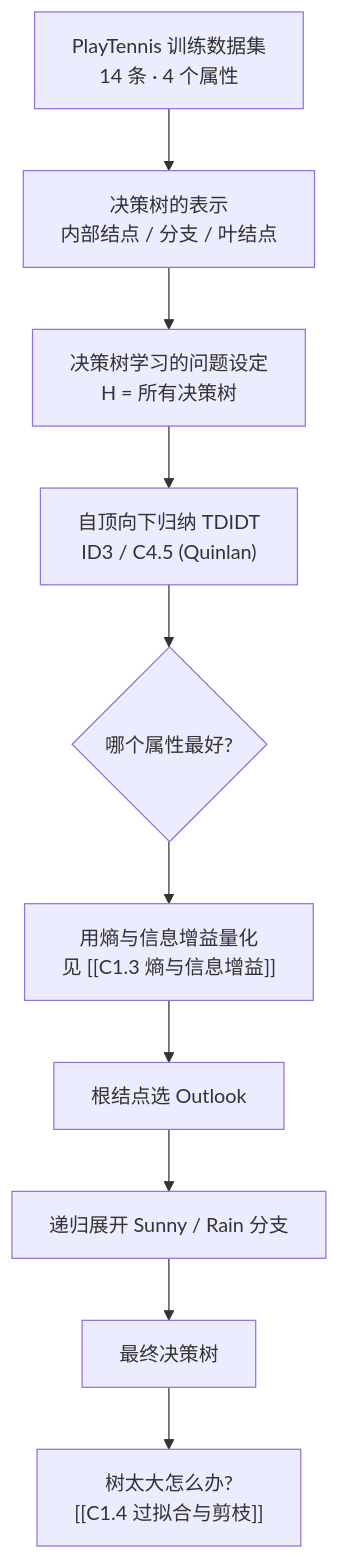
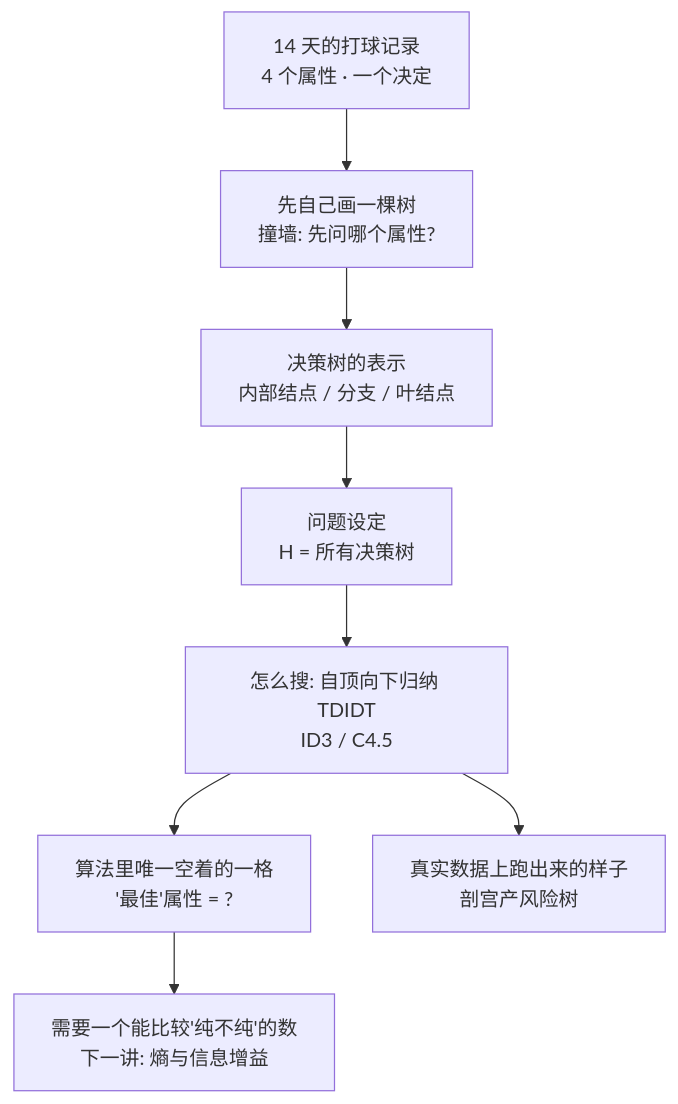
One commit to KayeAdams515/ClaudeNotes changed the first of 2 diagrams in 机器学习/C1.2 决策树的表示与自顶向下归纳.md. Above: the diagram before and after it, drawn with Mermaid. The commit also changed other lines of this file and 777 other files, not shown here.

````diff
--- a/机器学习/C1.2 决策树的表示与自顶向下归纳.md
+++ b/机器学习/C1.2 决策树的表示与自顶向下归纳.md
@@ -13,12 +21,10 @@
 ```mermaid
 flowchart TD
-    A[PlayTennis 训练数据集<br/>14 条 · 4 个属性] --> B[决策树的表示<br/>内部结点 / 分支 / 叶结点]
-    B --> C[决策树学习的问题设定<br/>H = 所有决策树]
-    C --> D["自顶向下归纳 TDIDT<br/>ID3 / C4.5 (Quinlan)"]
-    D --> E{哪个属性最好?}
-    E --> F["用熵与信息增益量化<br/>见 [[C1.3 熵与信息增益]]"]
-    F --> G[根结点选 Outlook]
-    G --> H[递归展开 Sunny / Rain 分支]
-    H --> I[最终决策树]
-    I --> J["树太大怎么办?<br/>[[C1.4 过拟合与剪枝]]"]
+    A["14 天的打球记录<br/>4 个属性 · 一个决定"] --> B["先自己画一棵树<br/>撞墙: 先问哪个属性?"]
+    B --> C["决策树的表示<br/>内部结点 / 分支 / 叶结点"]
+    C --> D["问题设定<br/>H = 所有决策树"]
+    D --> E["怎么搜: 自顶向下归纳 TDIDT<br/>ID3 / C4.5"]
+    E --> F["算法里唯一空着的一格<br/>'最佳'属性 = ?"]
+    F --> G["需要一个能比较'纯不纯'的数<br/>下一讲: 熵与信息增益"]
+    E --> H["真实数据上跑出来的样子<br/>剖宫产风险树"]
 ```
````
